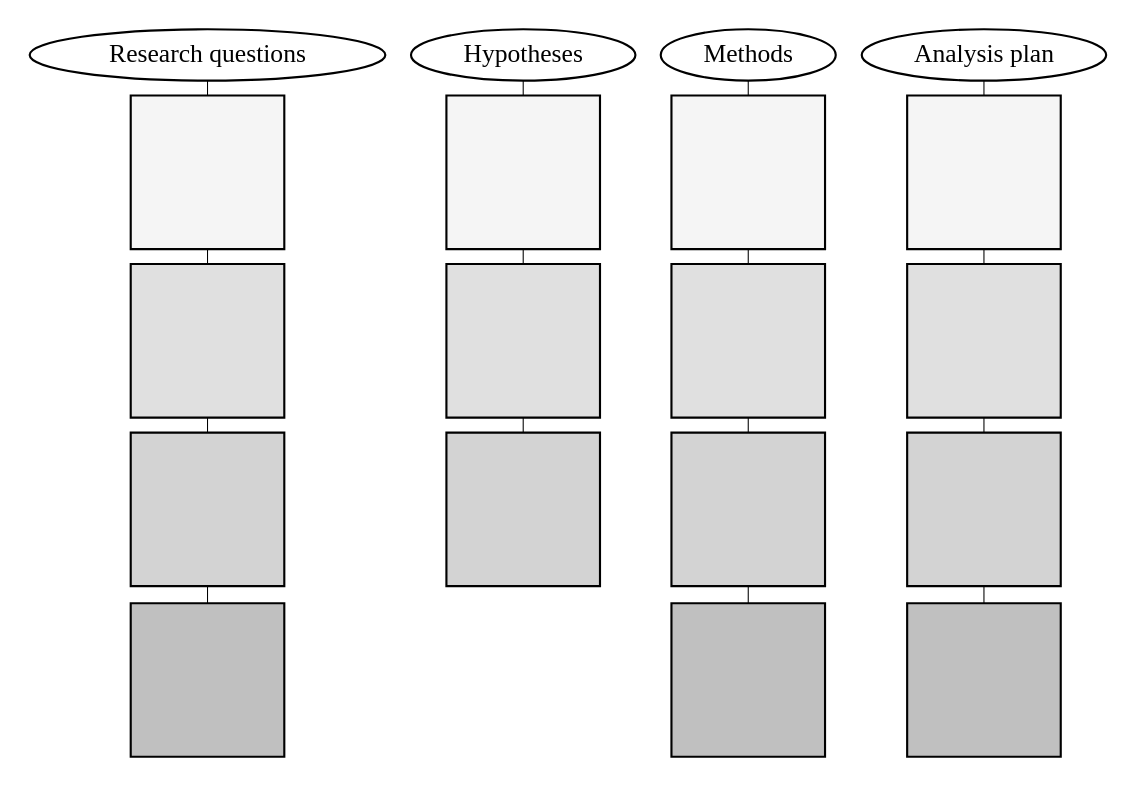
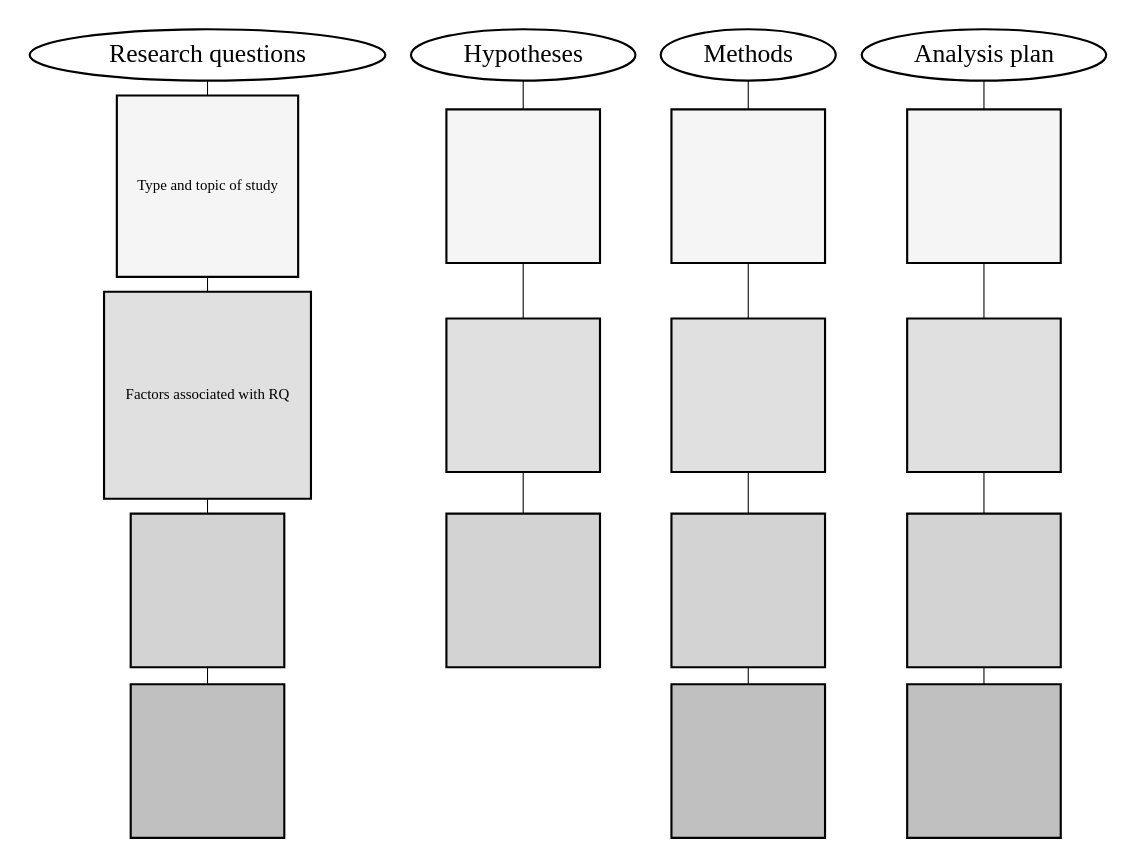
Before and after one commit to RAP-group/guide_to_open_science: the diagram in figs/pr-detail/pr-detail.dot, drawn with Graphviz. The commit also changed 2 other files, not shown here.

```diff
--- a/figs/pr-detail/pr-detail.dot
+++ b/figs/pr-detail/pr-detail.dot
@@ -1,160 +1,160 @@
 digraph pr {
 
   graph[ranksep = 0.2]
   subgraph cluster_0 {
     node [
       style="filled,setlinewidth(2)",
       width=2, 
       shape=square,
       fontname = Ubuntu, 
     ]
     edge [arrowhead=none]
     label = "";
     color=none
 
     a0 [
       fillcolor=white
       fontsize = 24,
       shape=ellipse,
       label="Research questions"
     ]
     a1 [
       fillcolor="#F5F5F5"
-      label=""
+      label="Type and topic of study"
     ]
     a2 [
       fillcolor="#E0E0E0"
-      label=""
+      label="Factors associated with RQ"
     ]
     a3 [
       fillcolor="#D3D3D3"
       label=""
     ]
     a4 [
       fillcolor="#C0C0C0"
       label=""
     ]
     
     a0 -> a1
     a1 -> a2
     a2 -> a3
     a3 -> a4
 
   }
 
   subgraph cluster_1 {
     node [
       style="filled,setlinewidth(2)",
       width=2, 
       shape=square,
       fontname = Ubuntu, 
     ]
     edge [arrowhead=none]
     label = "";
     color=none
     
     b0 [
       fillcolor=white
       fontsize = 24,
       shape=ellipse,
       label = "Hypotheses"
     ]
     b1 [
       fillcolor="#F5F5F5"
       label=""
     ]
     b2 [
       fillcolor="#E0E0E0"
       label=""
     ]
     b3 [
       fillcolor="#D3D3D3"
       label=""
     ]
 
     b0 -> b1
     b1 -> b2
     b2 -> b3
   }
   
   subgraph cluster_2 {
     node [
       style="filled,setlinewidth(2)",
       width=2, 
       shape=square,
       fontname = Ubuntu, 
      ]
     edge [arrowhead=none]
     label = "";
     color=none
     
     c0 [
       fillcolor=white
       fontsize = 24,
       shape=ellipse,
       label = "Methods"
     ]
     c1 [
       fillcolor="#F5F5F5"
       label=""
     ]
     c2 [
       fillcolor="#E0E0E0"
       label=""
     ]
     c3 [
       fillcolor="#D3D3D3"
       label=""
     ]
     c4 [
       fillcolor="#C0C0C0"
       label=""
     ]
     
     c0 -> c1
     c1 -> c2
     c2 -> c3
     c3 -> c4
   }
   
   subgraph cluster_3 {
     node [
       style="filled,setlinewidth(2)",
       width=2, 
       shape=square,
       fontname = Ubuntu, 
     ]
     edge [arrowhead=none]
     label = "";
     color=none
 
     d0 [
       fillcolor=white,
       fontsize = 24,
       shape=ellipse,
       label = "Analysis plan"
     ]
     d1 [
       fillcolor="#F5F5F5"
       label=""
     ]
     d2 [
       fillcolor="#E0E0E0"
       label=""
     ]
     d3 [
       fillcolor="#D3D3D3"
       label=""
     ]
     d4 [
       fillcolor="#C0C0C0"
       label=""
     ]
     
     d0 -> d1
     d1 -> d2
     d2 -> d3
     d3 -> d4
   }
   
 }
```
